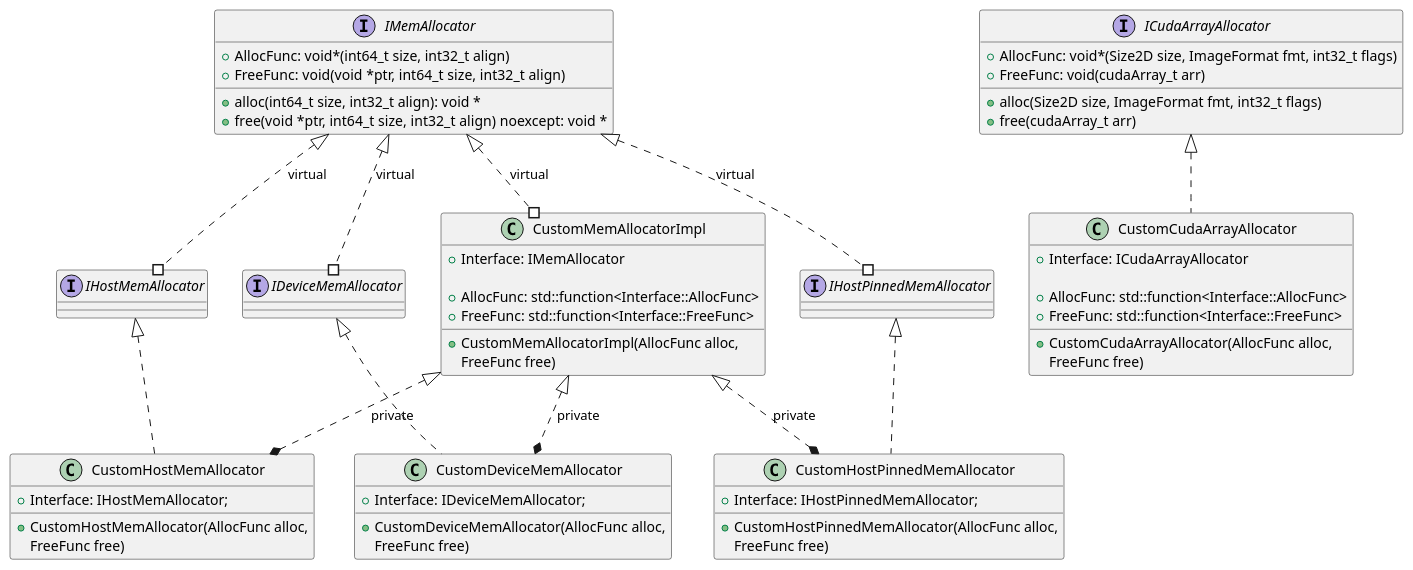
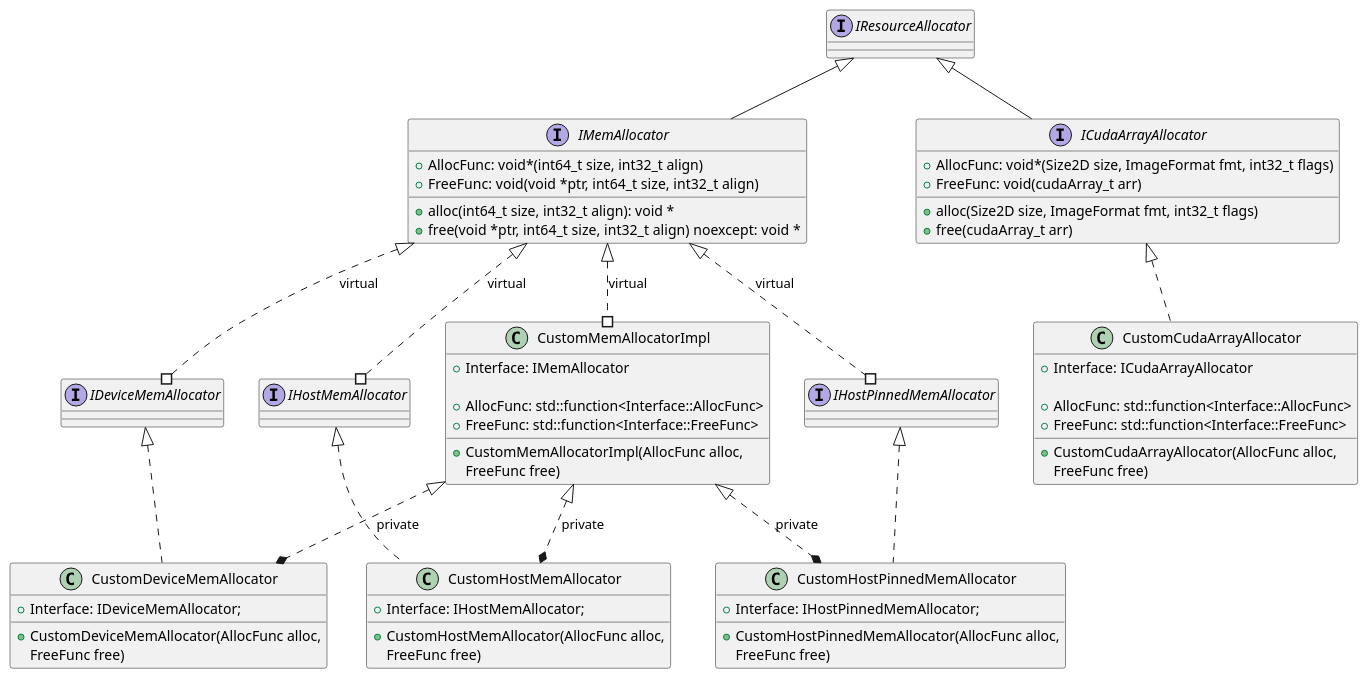
The diagram in docs/design/resource_allocator_classes.puml (JanuszL/CV-CUDA), drawn with PlantUML before and after one commit. The commit also changed 3 other files, not shown here.

```diff
--- a/docs/design/resource_allocator_classes.puml
+++ b/docs/design/resource_allocator_classes.puml
@@ -13,80 +13,82 @@
 @startuml
 
-interface IMemAllocator
+interface IResourceAllocator
+
+interface IMemAllocator extends IResourceAllocator
 {
     + {field} AllocFunc: void*(int64_t size, int32_t align)
     + {field} FreeFunc: void(void *ptr, int64_t size, int32_t align)
 
     + alloc(int64_t size, int32_t align): void *
     + free(void *ptr, int64_t size, int32_t align) noexcept: void *
 }
 
 interface IHostMemAllocator
 interface IHostPinnedMemAllocator
 interface IDeviceMemAllocator
 
 IMemAllocator <|..# IHostMemAllocator: virtual
 IMemAllocator <|..# IHostPinnedMemAllocator: virtual
 IMemAllocator <|..# IDeviceMemAllocator: virtual
 
-interface ICudaArrayAllocator
+interface ICudaArrayAllocator extends IResourceAllocator
 {
     + {field} AllocFunc: void*(Size2D size, ImageFormat fmt, int32_t flags)
     + {field} FreeFunc: void(cudaArray_t arr)
 
     + alloc(Size2D size, ImageFormat fmt, int32_t flags)
     + free(cudaArray_t arr)
 }
 
 class CustomCudaArrayAllocator implements ICudaArrayAllocator
 {
     + {field} Interface: ICudaArrayAllocator
 
     + {field} AllocFunc: std::function<Interface::AllocFunc>
     + {field} FreeFunc: std::function<Interface::FreeFunc>
 
     + CustomCudaArrayAllocator(AllocFunc alloc,
                                FreeFunc free)
 }
 
 class CustomMemAllocatorImpl
 {
     + {field} Interface: IMemAllocator
 
     + {field} AllocFunc: std::function<Interface::AllocFunc>
     + {field} FreeFunc: std::function<Interface::FreeFunc>
 
     + CustomMemAllocatorImpl(AllocFunc alloc,
                              FreeFunc free)
 }
 IMemAllocator <|..# CustomMemAllocatorImpl: virtual
 
 class CustomHostMemAllocator implements IHostMemAllocator
 {
     + {field} Interface: IHostMemAllocator;
 
     + CustomHostMemAllocator(AllocFunc alloc,
                              FreeFunc free)
 }
 
 class CustomHostPinnedMemAllocator implements IHostPinnedMemAllocator
 {
     + {field} Interface: IHostPinnedMemAllocator;
 
     + CustomHostPinnedMemAllocator(AllocFunc alloc,
                                    FreeFunc free)
 }
 
 class CustomDeviceMemAllocator implements IDeviceMemAllocator
 {
     + {field} Interface: IDeviceMemAllocator;
 
     + CustomDeviceMemAllocator(AllocFunc alloc,
                                FreeFunc free)
 }
 
 CustomMemAllocatorImpl <|..* CustomHostMemAllocator: private
 CustomMemAllocatorImpl <|..* CustomHostPinnedMemAllocator: private
 CustomMemAllocatorImpl <|..* CustomDeviceMemAllocator: private
 
 @enduml
```
